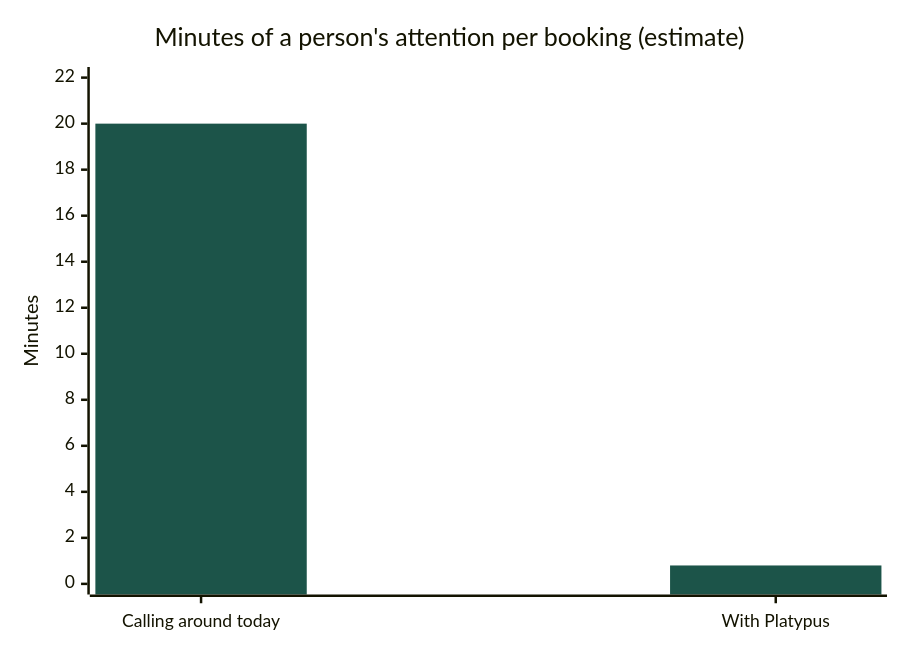
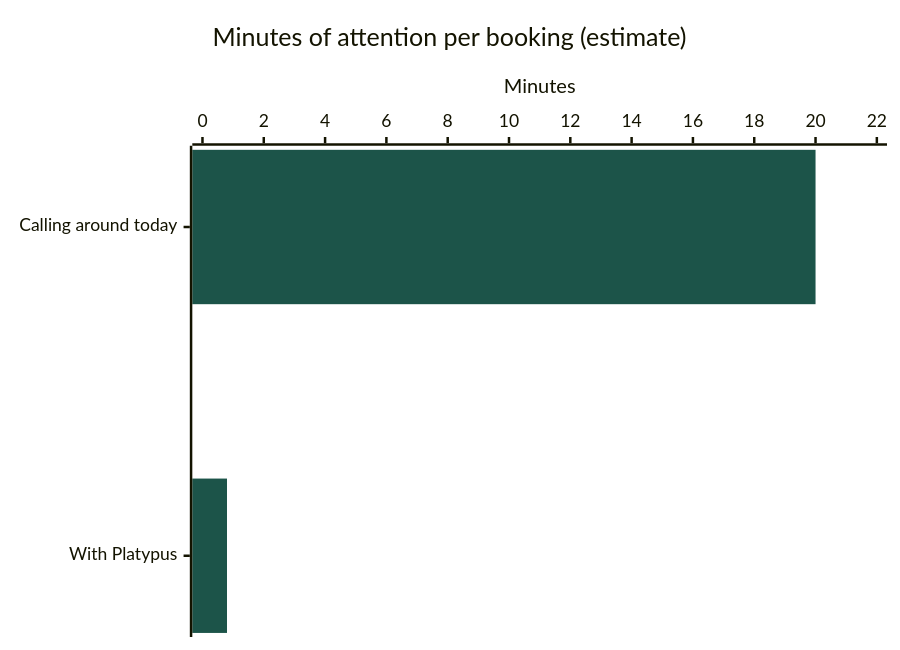
One commit to KarthikSubramanian07/Platypus changed the second of 6 diagrams in README.md. Above: the diagram before and after it, drawn with Mermaid. The commit also changed other lines of this file and 14 other files, not shown here.

First line of the commit message:
Polish the README diagrams and screenshots, and fix what a stress pass found

````diff
--- a/README.md
+++ b/README.md
@@ -76,8 +76,8 @@
 ```mermaid
-%%{init: {'theme': 'base', 'themeVariables': {'fontFamily': 'ui-sans-serif, system-ui, sans-serif', 'primaryColor': '#f9f8f3', 'primaryTextColor': '#22231f', 'primaryBorderColor': '#1c5449', 'lineColor': '#1c5449', 'secondaryColor': '#cfe6dc', 'tertiaryColor': '#f4f1ea', 'clusterBkg': '#f4f1ea', 'clusterBorder': '#9fd3c1', 'actorBkg': '#1c5449', 'actorTextColor': '#ffffff', 'actorBorder': '#1c5449', 'noteBkgColor': '#cfe6dc', 'noteBorderColor': '#1c5449', 'signalColor': '#1c5449', 'labelBoxBkgColor': '#f9f8f3', 'xyChart': {'plotColorPalette': '#1c5449'}}}}%%
-xychart-beta
-    title "Minutes of a person's attention per booking (estimate)"
+%%{init: {'theme': 'base', 'themeVariables': {'fontFamily': 'ui-sans-serif, system-ui, sans-serif', 'primaryColor': '#f9f8f3', 'primaryTextColor': '#22231f', 'primaryBorderColor': '#1c5449', 'lineColor': '#1c5449', 'secondaryColor': '#cfe6dc', 'tertiaryColor': '#f4f1ea', 'clusterBkg': '#f4f1ea', 'clusterBorder': '#9fd3c1', 'actorBkg': '#cfe6dc', 'actorTextColor': '#22231f', 'actorBorder': '#1c5449', 'actorLineColor': '#9fd3c1', 'noteBkgColor': '#cfe6dc', 'noteBorderColor': '#1c5449', 'signalColor': '#1c5449', 'labelBoxBkgColor': '#f9f8f3', 'xyChart': {'plotColorPalette': '#1c5449'}}}}%%
+xychart-beta horizontal
+    title "Minutes of attention per booking (estimate)"
     x-axis ["Calling around today", "With Platypus"]
     y-axis "Minutes" 0 --> 22
     bar [20, 0.8]
 ```
````
